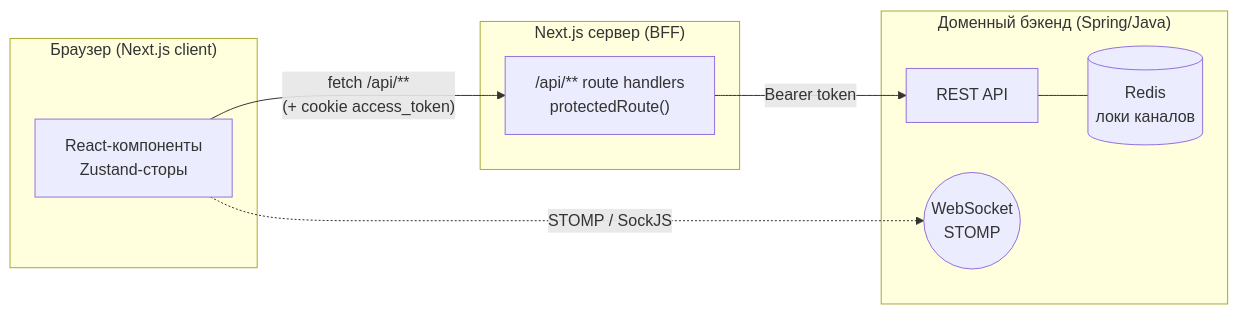
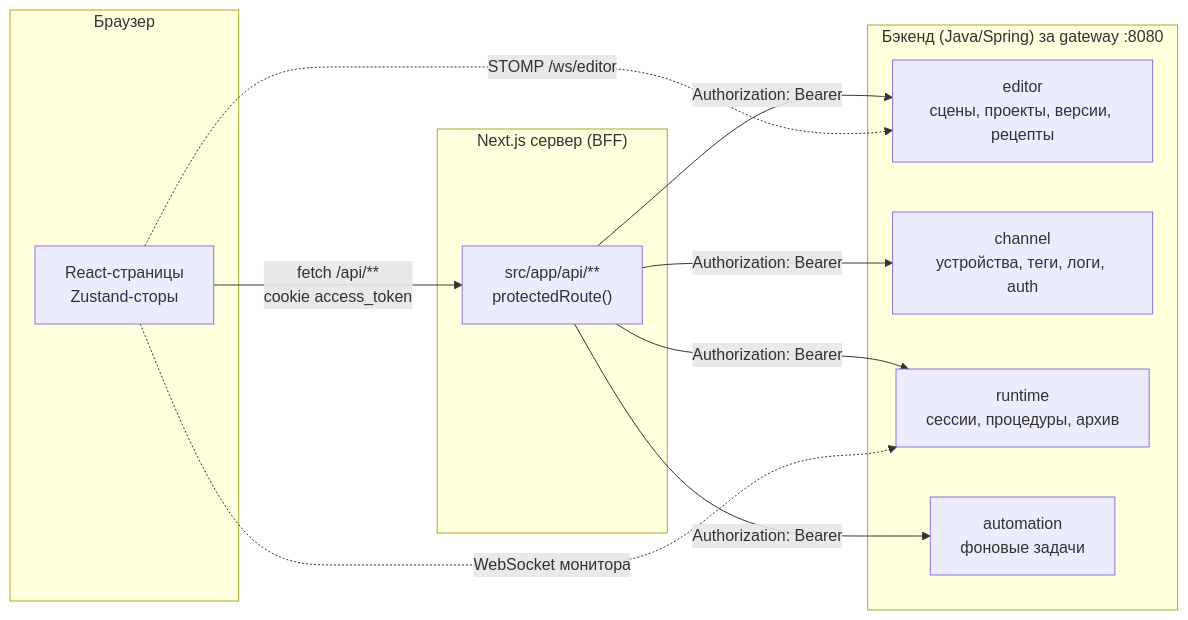
Before and after one commit to Yura-108/scada-editor-frontend: the diagram in README.md, drawn with Mermaid. The commit also changed other lines of this file, not shown here.

First line of the commit message:
docs: rewrite README for the current state of the app

````diff
--- a/README.md
+++ b/README.md
@@ -84,19 +184,20 @@
 ```mermaid
 flowchart LR
-  subgraph Browser["Браузер (Next.js client)"]
-    UI["React-компоненты<br/>Zustand-сторы"]
+  subgraph Browser["Браузер"]
+    UI["React-страницы<br/>Zustand-сторы"]
   end
   subgraph Next["Next.js сервер (BFF)"]
-    API["/api/** route handlers<br/>protectedRoute()"]
+    API["src/app/api/**<br/>protectedRoute()"]
   end
-  subgraph Backend["Доменный бэкенд (Spring/Java)"]
-    SVC["REST API"]
-    REDIS[("Redis<br/>локи каналов")]
-    WS(("WebSocket<br/>STOMP"))
+  subgraph Backend["Бэкенд (Java/Spring) за gateway :8080"]
+    ED["editor<br/>сцены, проекты, версии, рецепты"]
+    CH["channel<br/>устройства, теги, логи, auth"]
+    RT["runtime<br/>сессии, процедуры, архив"]
+    AU["automation<br/>фоновые задачи"]
   end
 
-  UI -- "fetch /api/**<br/>(+ cookie access_token)" --> API
-  API -- "Bearer token" --> SVC
-  SVC --- REDIS
-  UI -. "STOMP / SockJS" .-> WS
+  UI -- "fetch /api/**<br/>cookie access_token" --> API
+  API -- "Authorization: Bearer" --> ED & CH & RT & AU
+  UI -. "WebSocket монитора" .-> RT
+  UI -. "STOMP /ws/editor" .-> ED
 ```
````
